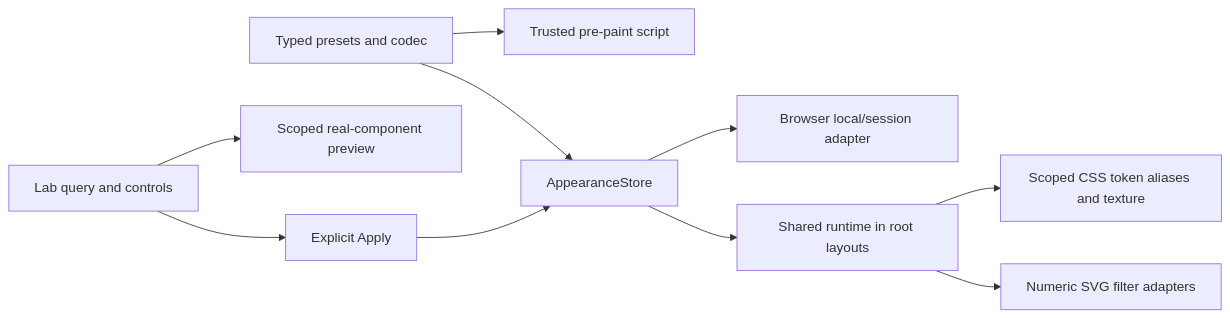
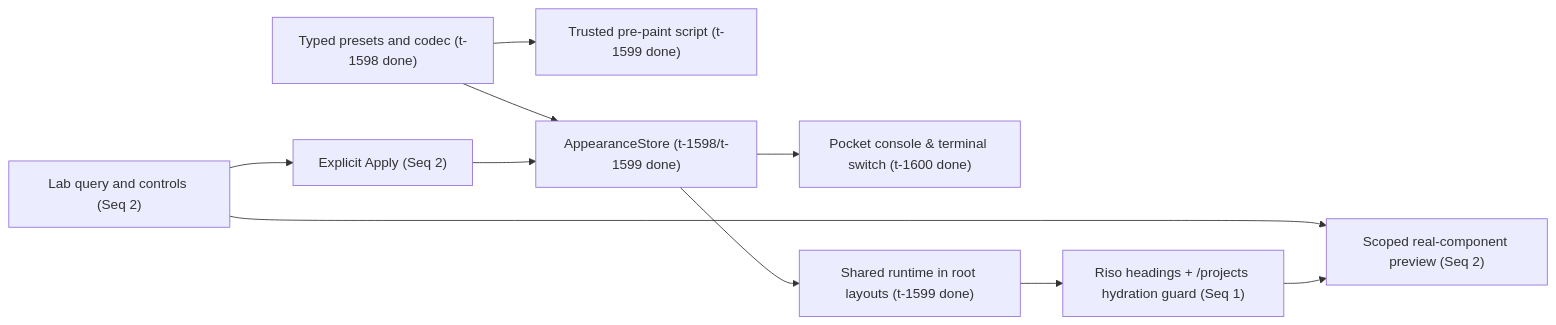
The second of 3 diagrams in projects/otohime-dev-riso-print-shop-ink-lab-1-riso-print-shop-headin/plan.md (quiinthieu/otohime), drawn with Mermaid before and after one commit. The commit also changed other lines of this file, not shown here.

Commit message:
pm-268/run-9245: Replan Riso headings Kame hydration fix and Ink Lab

````diff
--- a/projects/otohime-dev-riso-print-shop-ink-lab-1-riso-print-shop-headin/plan.md
+++ b/projects/otohime-dev-riso-print-shop-ink-lab-1-riso-print-shop-headin/plan.md
@@ -147,12 +162,12 @@
 ```mermaid
 flowchart LR
-  P["Typed presets and codec"] --> B["Trusted pre-paint script"]
-  P --> S["AppearanceStore"]
-  S --> C["Browser local/session adapter"]
-  S --> R["Shared runtime in root layouts"]
-  R --> T["Scoped CSS token aliases and texture"]
-  R --> F["Numeric SVG filter adapters"]
-  L["Lab query and controls"] --> V["Scoped real-component preview"]
-  L --> A["Explicit Apply"]
+  P["Typed presets and codec (t-1598 done)"] --> B["Trusted pre-paint script (t-1599 done)"]
+  P --> S["AppearanceStore (t-1598/t-1599 done)"]
+  S --> C["Pocket console & terminal switch (t-1600 done)"]
+  S --> R["Shared runtime in root layouts (t-1599 done)"]
+  R --> H["Riso headings + /projects hydration guard (Seq 1)"]
+  L["Lab query and controls (Seq 2)"] --> V["Scoped real-component preview (Seq 2)"]
+  H --> V
+  L --> A["Explicit Apply (Seq 2)"]
   A --> S
 ```
````
